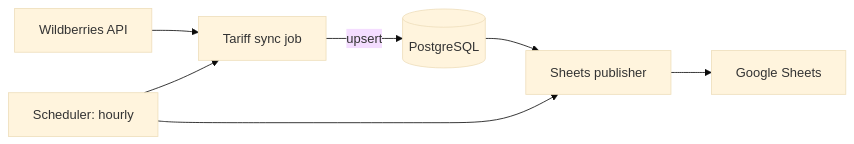
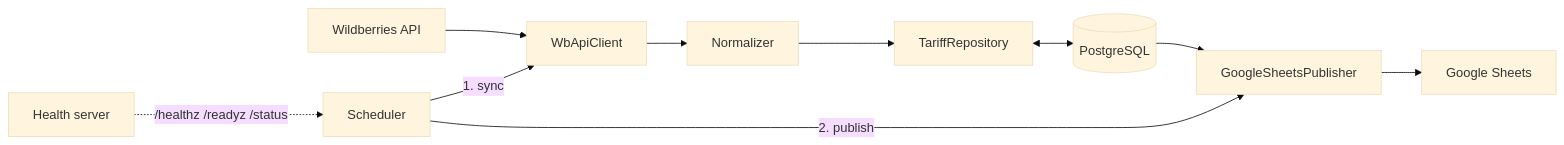
One commit to Husqvarnalox/wildberries-tariff-sync changed the diagram in README.md. Above: the diagram before and after it, drawn with Mermaid (base theme). The commit also changed other lines of this file and 72 other files, not shown here.

````diff
--- a/README.md
+++ b/README.md
@@ -19,9 +28,12 @@
 ```mermaid
 flowchart LR
-    WB[Wildberries API] --> Sync[Tariff sync job]
-    Sync -->|upsert| PG[(PostgreSQL)]
-    PG --> Pub[Sheets publisher]
+    WB[Wildberries API] --> Client[WbApiClient]
+    Client --> Norm[Normalizer]
+    Norm --> Repo[TariffRepository]
+    Repo <--> PG[(PostgreSQL)]
+    PG --> Pub[GoogleSheetsPublisher]
     Pub --> GS[Google Sheets]
-    Sched[Scheduler: hourly] --> Sync
-    Sched --> Pub
+    Sched[Scheduler] -->|1. sync| Client
+    Sched -->|2. publish| Pub
+    Health[Health server] -.->|/healthz /readyz /status| Sched
 ```
````
